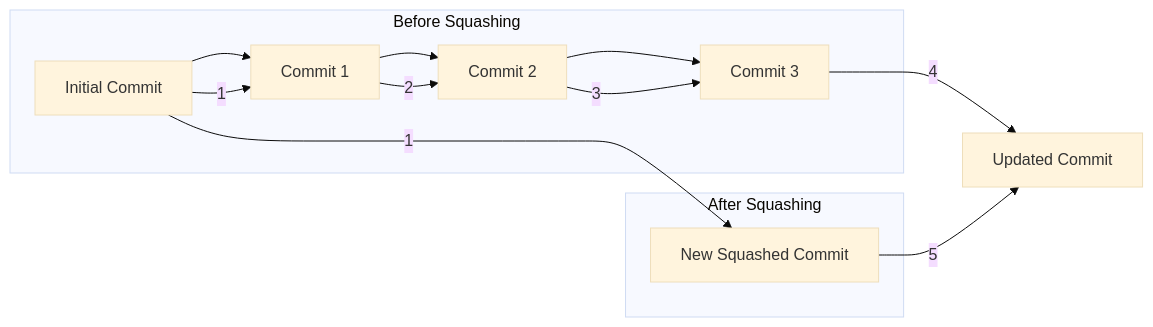
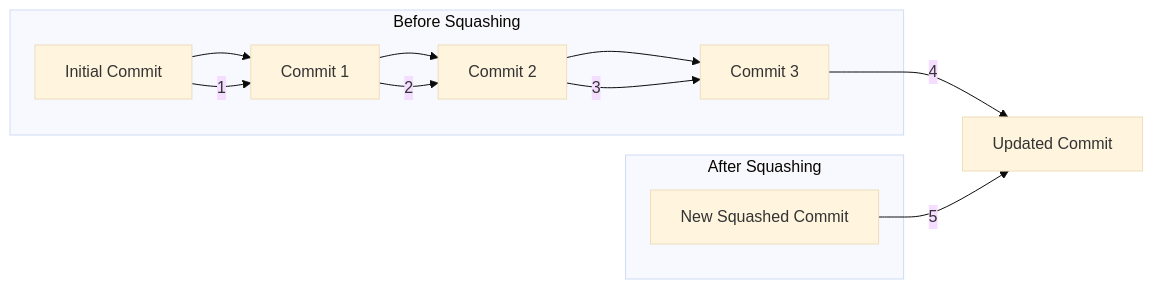
The eighth of 11 diagrams in README.md (emmahone/Git-Good-Quick), drawn with Mermaid (base theme) before and after one commit.

````diff
--- a/README.md
+++ b/README.md
@@ -158,19 +158,19 @@
 ```mermaid
 graph LR
     A[Initial Commit] --> B[Commit 1]
     B --> C[Commit 2]
     C --> D[Commit 3]
     
     subgraph Before Squashing
         A -->|1| B
         B -->|2| C
         C -->|3| D
     end
     
     subgraph After Squashing
-        A -->|1| E[New Squashed Commit]
+        E[New Squashed Commit]
     end
     
     D -->|4| F
     E -->|5| F[Updated Commit]
 ```
````
